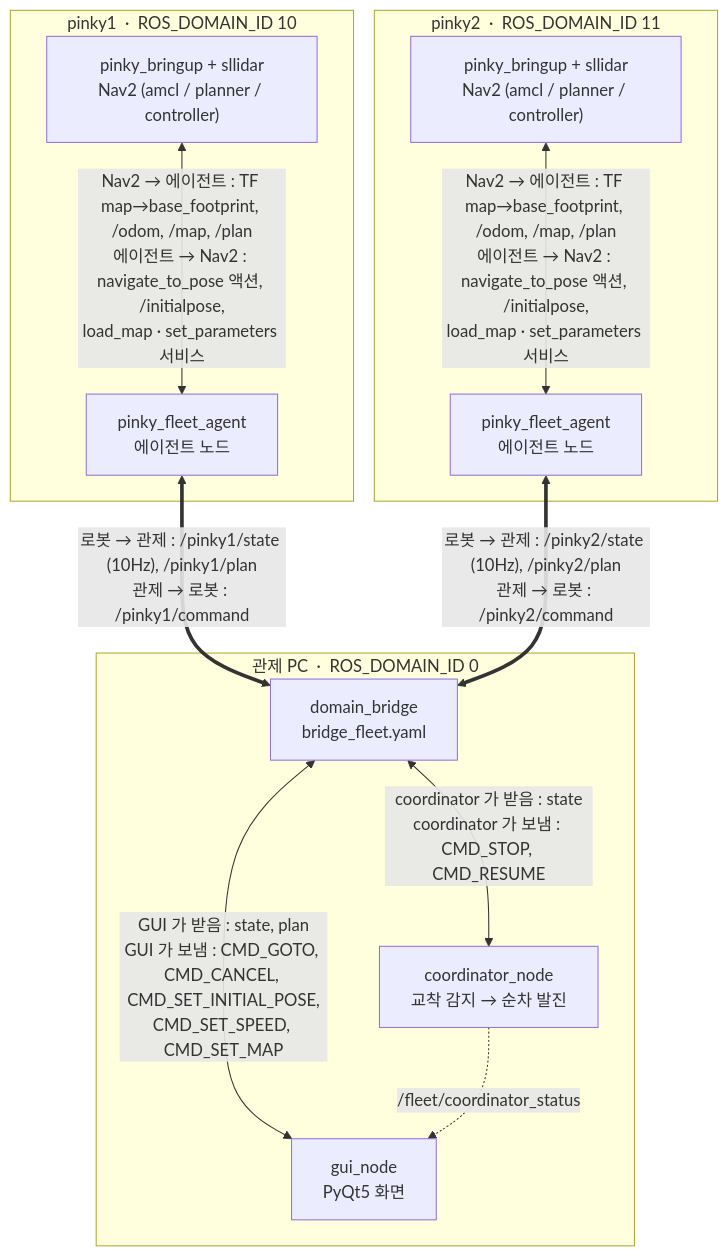
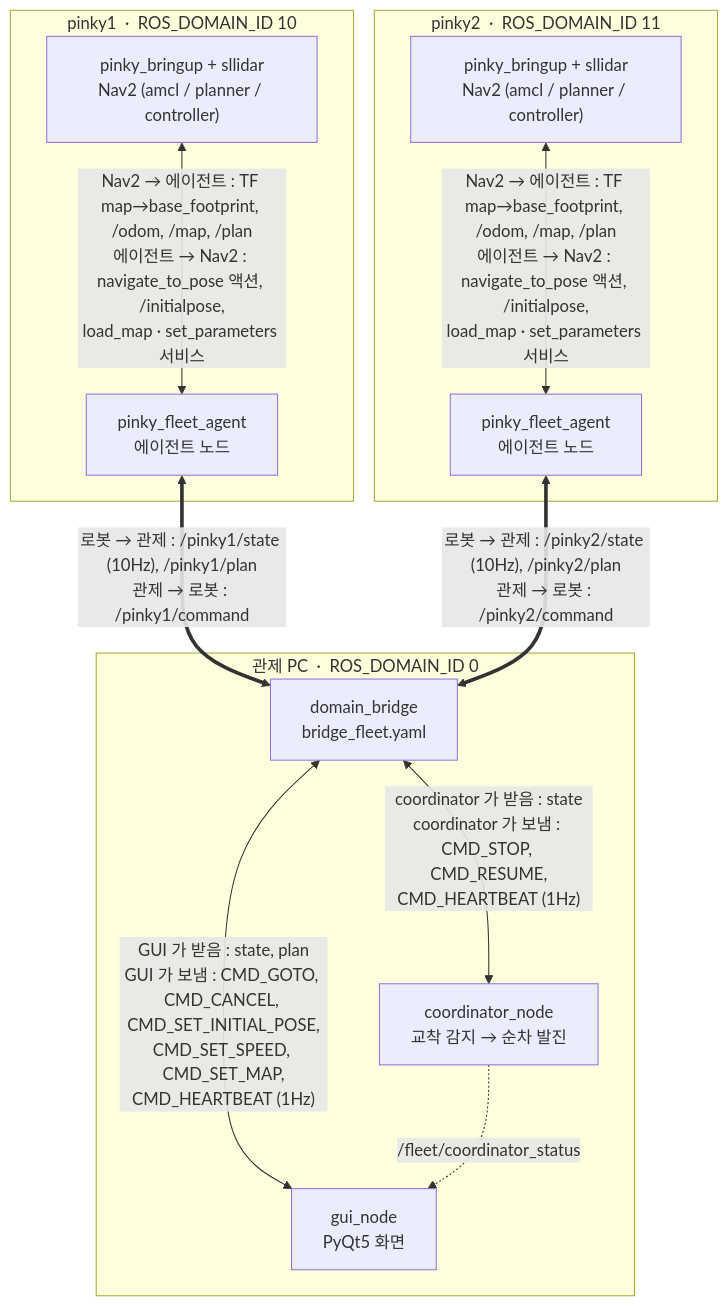
Before and after one commit to sakim0128/pinky_pro_team11: the first of 4 diagrams in README.md, drawn with Mermaid. The commit also changed other lines of this file and 10 other files, not shown here.

````diff
--- a/README.md
+++ b/README.md
@@ -27,26 +27,26 @@
 ```mermaid
 flowchart TB
     subgraph R1["pinky1 &nbsp;·&nbsp; ROS_DOMAIN_ID 10"]
         NAV1["pinky_bringup + sllidar<br/>Nav2 (amcl / planner / controller)"]
         AG1["pinky_fleet_agent<br/>에이전트 노드"]
         NAV1 <-->|"Nav2 → 에이전트 : TF map→base_footprint, /odom, /map, /plan<br/>에이전트 → Nav2 : navigate_to_pose 액션, /initialpose,<br/>load_map · set_parameters 서비스"| AG1
     end
 
     subgraph R2["pinky2 &nbsp;·&nbsp; ROS_DOMAIN_ID 11"]
         NAV2["pinky_bringup + sllidar<br/>Nav2 (amcl / planner / controller)"]
         AG2["pinky_fleet_agent<br/>에이전트 노드"]
         NAV2 <-->|"Nav2 → 에이전트 : TF map→base_footprint, /odom, /map, /plan<br/>에이전트 → Nav2 : navigate_to_pose 액션, /initialpose,<br/>load_map · set_parameters 서비스"| AG2
     end
 
     subgraph PC["관제 PC &nbsp;·&nbsp; ROS_DOMAIN_ID 0"]
         BR["domain_bridge<br/>bridge_fleet.yaml"]
         CO["coordinator_node<br/>교착 감지 → 순차 발진"]
         GUI["gui_node<br/>PyQt5 화면"]
-        BR <-->|"coordinator 가 받음 : state<br/>coordinator 가 보냄 : CMD_STOP, CMD_RESUME"| CO
-        BR <-->|"GUI 가 받음 : state, plan<br/>GUI 가 보냄 : CMD_GOTO, CMD_CANCEL, CMD_SET_INITIAL_POSE,<br/>CMD_SET_SPEED, CMD_SET_MAP"| GUI
+        BR <-->|"coordinator 가 받음 : state<br/>coordinator 가 보냄 : CMD_STOP, CMD_RESUME,<br/>CMD_HEARTBEAT (1Hz)"| CO
+        BR <-->|"GUI 가 받음 : state, plan<br/>GUI 가 보냄 : CMD_GOTO, CMD_CANCEL, CMD_SET_INITIAL_POSE,<br/>CMD_SET_SPEED, CMD_SET_MAP,<br/>CMD_HEARTBEAT (1Hz)"| GUI
         CO -.->|"/fleet/coordinator_status"| GUI
     end
 
     AG1 <==>|"로봇 → 관제 : /pinky1/state (10Hz), /pinky1/plan<br/>관제 → 로봇 : /pinky1/command"| BR
     AG2 <==>|"로봇 → 관제 : /pinky2/state (10Hz), /pinky2/plan<br/>관제 → 로봇 : /pinky2/command"| BR
 ```
````
